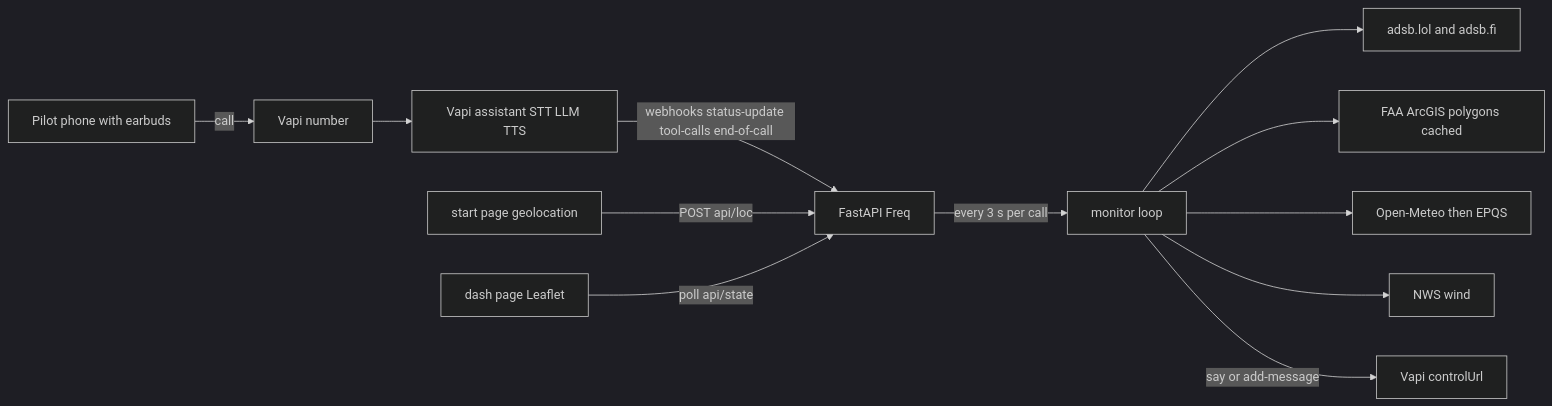
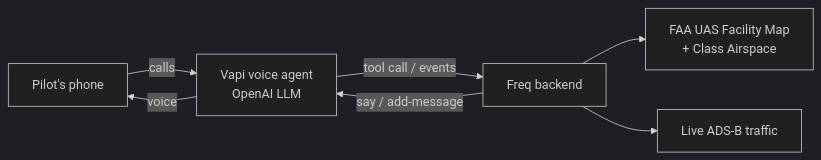
Before and after one commit to haminxx/COMPILED-16-Hackathon: the diagram in README.md, drawn with Mermaid (dark theme). The commit also changed other lines of this file, not shown here.

Commit message:
Replace the root README with the Freq team submission.

````diff
--- a/README.md
+++ b/README.md
@@ -11,14 +44,9 @@
 ```mermaid
 flowchart LR
-    Pilot[Pilot phone with earbuds] -->|call| VapiNum[Vapi number]
-    VapiNum --> Assistant[Vapi assistant STT LLM TTS]
-    Assistant -->|webhooks status-update tool-calls end-of-call| API[FastAPI Freq]
-    StartPage[start page geolocation] -->|POST api/loc| API
-    API -->|every 3 s per call| Monitor[monitor loop]
-    Monitor --> ADSB[adsb.lol and adsb.fi]
-    Monitor --> FAA[FAA ArcGIS polygons cached]
-    Monitor --> Elev[Open-Meteo then EPQS]
-    Monitor --> NWS[NWS wind]
-    Monitor -->|say or add-message| Control[Vapi controlUrl]
-    Dash[dash page Leaflet] -->|poll api/state| API
+  P[Pilot's phone] -- calls --> V[Vapi voice agent<br/>OpenAI LLM]
+  V -- tool call / events --> B[Freq backend]
+  B --> F[FAA UAS Facility Map<br/>+ Class Airspace]
+  B --> A[Live ADS-B traffic]
+  B -- say / add-message --> V
+  V -- voice --> P
 ```
````
